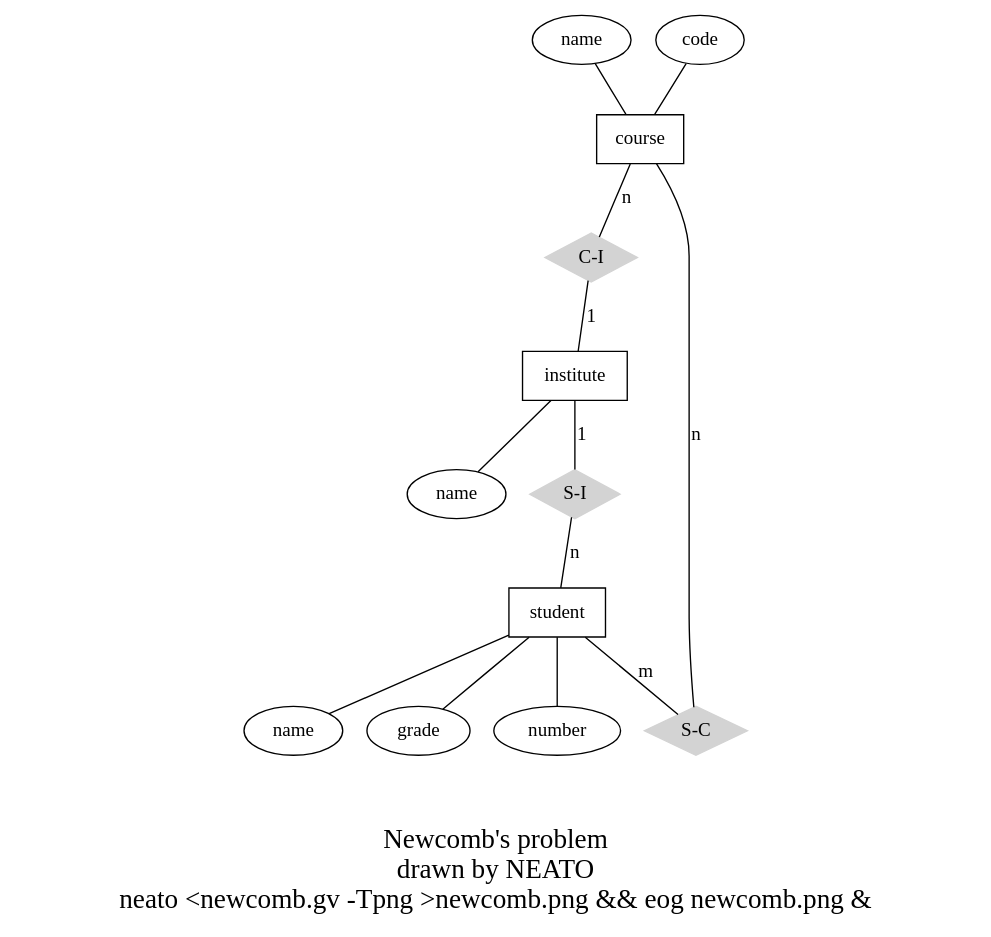
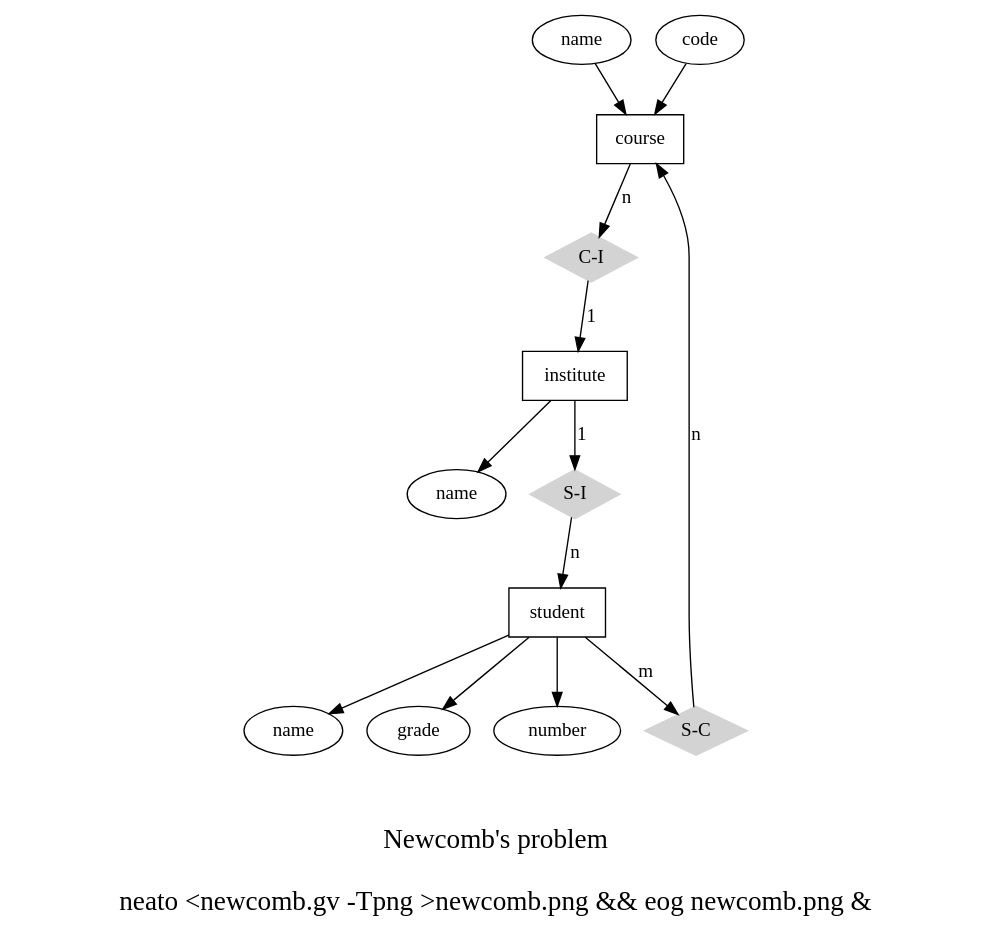
Before and after one commit to johnlawrenceaspden/hobby-code: the diagram in newcomb.gv, drawn with Graphviz.

Commit message:
directed edges la

```diff
--- a/newcomb.gv
+++ b/newcomb.gv
@@ -1,22 +1,22 @@
-graph newcomb {
+digraph newcomb {
 	node [shape=box]; course; institute; student;
 	node [shape=ellipse]; {node [label="name"] name0; name1; name2;}
 		code; grade; number;
 	node [shape=diamond,style=filled,color=lightgrey]; "C-I"; "S-C"; "S-I";
 
-	name0 -- course;
-	code -- course;
-	course -- "C-I" [label="n",len=1.00];
-	"C-I" -- institute [label="1",len=1.00];
-	institute -- name1;
-	institute -- "S-I" [label="1",len=1.00];
-	"S-I" -- student [label="n",len=1.00];
-	student -- grade;
-	student -- name2;
-	student -- number;
-	student -- "S-C" [label="m",len=1.00];
-	"S-C" -- course [label="n",len=1.00];
+	name0 -> course;
+	code -> course;
+	course -> "C-I" [label="n",len=1.00];
+	"C-I" -> institute [label="1",len=1.00];
+	institute -> name1;
+	institute -> "S-I" [label="1",len=1.00];
+	"S-I" -> student [label="n",len=1.00];
+	student -> grade;
+	student -> name2;
+	student -> number;
+	student -> "S-C" [label="m",len=1.00];
+	"S-C" -> course [label="n",len=1.00];
 
-	label = "\n\nNewcomb's problem\ndrawn by NEATO\nneato <newcomb.gv -Tpng >newcomb.png && eog newcomb.png &";
+	label = "\n\nNewcomb's problem\n\nneato <newcomb.gv -Tpng >newcomb.png && eog newcomb.png &";
 	fontsize=20;
 }
```
